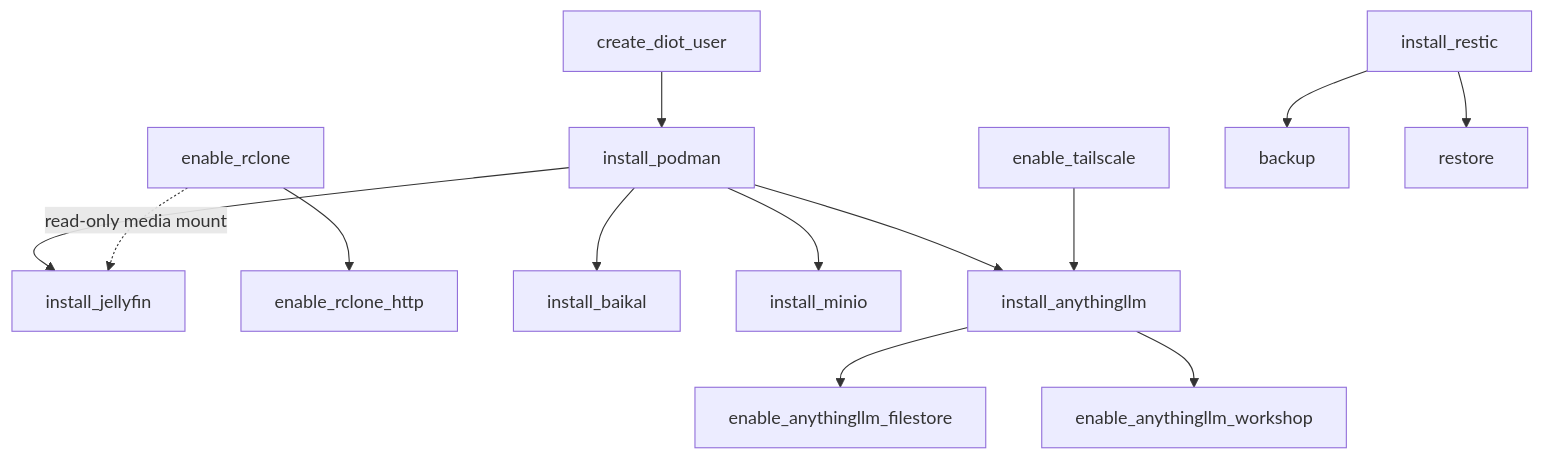
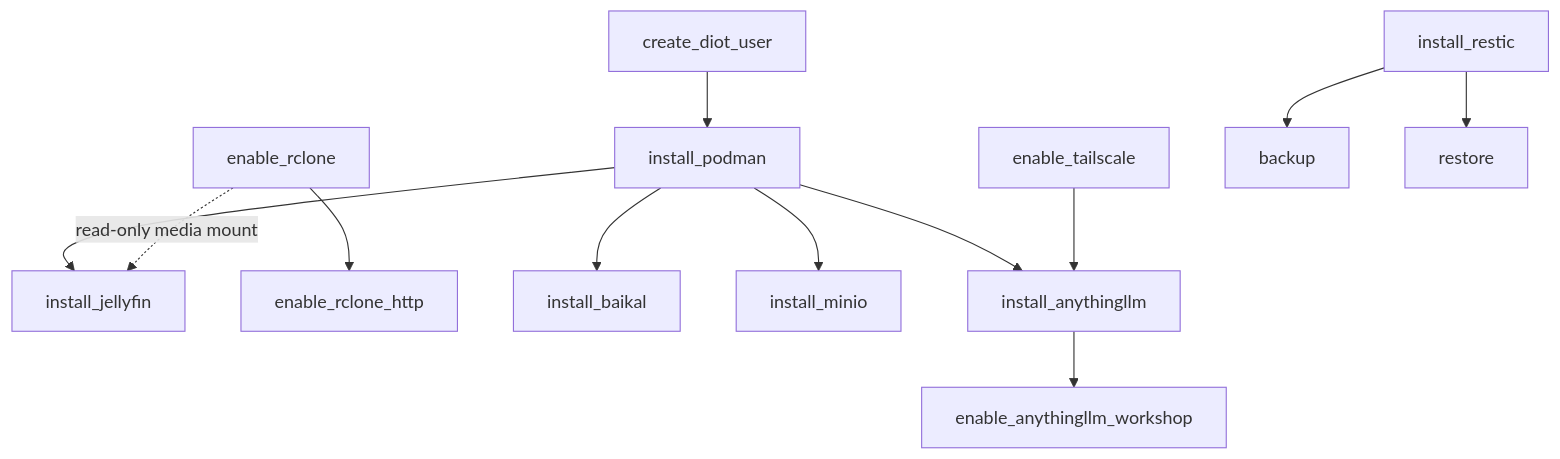
Before and after one commit to BinaryBand/strata: the diagram in README.md, drawn with Mermaid. The commit also changed other lines of this file and 8 other files, not shown here.

First line of the commit message:
refactor(services): remove the enable_anythingllm_filestore runbook

````diff
--- a/README.md
+++ b/README.md
@@ -96,15 +96,14 @@
 ```mermaid
 flowchart TD
     diot[create_diot_user] --> podman[install_podman]
     podman --> jellyfin[install_jellyfin]
     rclone[enable_rclone] -. read-only media mount .-> jellyfin
     rclone --> rclone_http[enable_rclone_http]
     podman --> baikal[install_baikal]
     podman --> minio[install_minio]
     podman --> anythingllm[install_anythingllm]
     tailscale[enable_tailscale] --> anythingllm
-    anythingllm --> anythingllm_filestore[enable_anythingllm_filestore]
     anythingllm --> anythingllm_workshop[enable_anythingllm_workshop]
     restic[install_restic] --> backup[backup]
     restic --> restore[restore]
 ```
````
